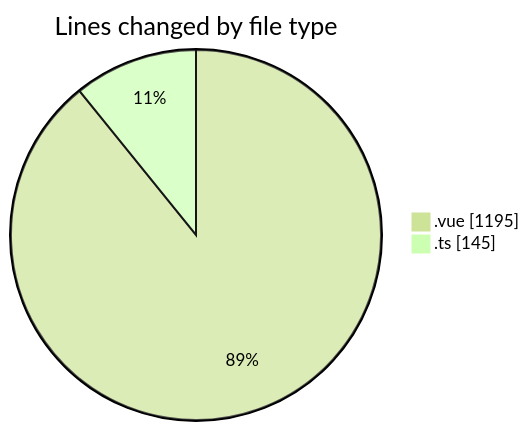
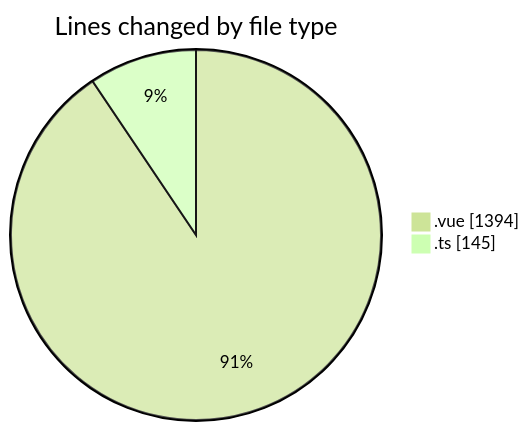
The first of 2 diagrams in 2025-03-17/lumine-web/README.md (robertbonfada/code-tracking), drawn with Mermaid (forest theme) before and after one commit. The commit also changed other lines of this file and 1 other file, not shown here.

````diff
--- a/2025-03-17/lumine-web/README.md
+++ b/2025-03-17/lumine-web/README.md
@@ -27,6 +30,6 @@
 ```mermaid
 pie showData
 title Lines changed by file type
-".vue" : 1195
+".vue" : 1394
 ".ts" : 145
 ```
````
